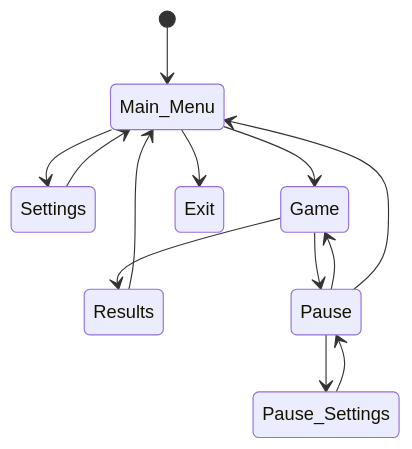
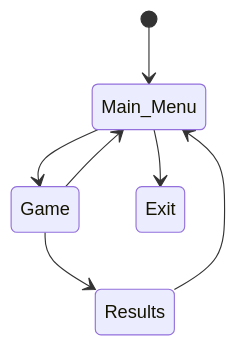
Before and after one commit to javics2002/VroomVroom: the diagram in README.md, drawn with Mermaid. The commit also changed other lines of this file and 8 other files, not shown here.

````diff
--- a/README.md
+++ b/README.md
@@ -189,17 +169,9 @@
 ```mermaid
 stateDiagram
     [*] --> Main_Menu
-    Main_Menu -->  Settings
-    Settings --> Main_Menu
     Main_Menu --> Game
     Game --> Results
     Results-->Main_Menu
-    Game-->Pause
-    Pause-->Game
-    
-    Pause_Settings-->Pause
-    Pause-->Pause_Settings
-    Pause-->Main_Menu
+    Game-->Main_Menu
     Main_Menu-->Exit
-  
 ```
````
